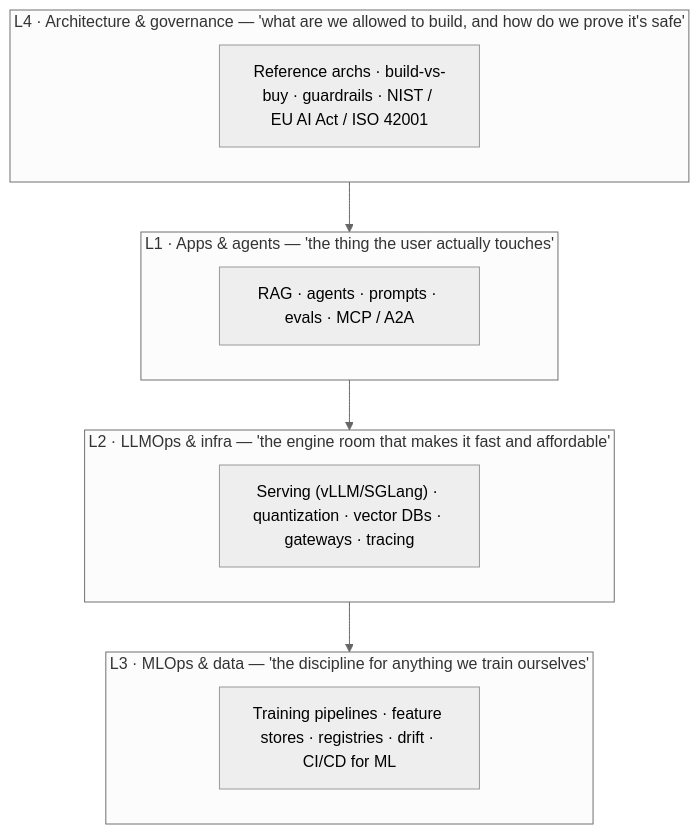
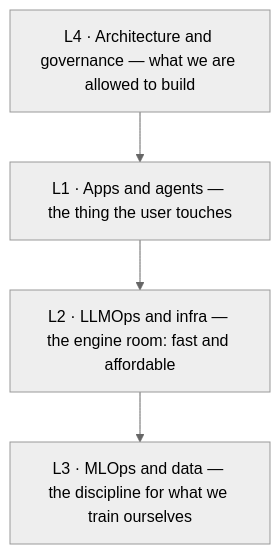
The diagram in visuals/four-layer-map.md (WBHankins93/ai-engineering-studio), drawn with Mermaid (neutral theme) before and after one commit. The commit also changed other lines of this file and 6 other files, not shown here.

Commit message:
Simplify mermaid labels to strict-mode-safe single lines

````diff
--- a/visuals/four-layer-map.md
+++ b/visuals/four-layer-map.md
@@ -17,16 +17,8 @@
 ```mermaid
 flowchart TB
-  subgraph L4G["L4 · Architecture & governance — 'what are we allowed to build, and how do we prove it's safe'"]
-    L4["Reference archs · build-vs-buy · guardrails · NIST / EU AI Act / ISO 42001"]
-  end
-  subgraph L1G["L1 · Apps & agents — 'the thing the user actually touches'"]
-    L1["RAG · agents · prompts · evals · MCP / A2A"]
-  end
-  subgraph L2G["L2 · LLMOps & infra — 'the engine room that makes it fast and affordable'"]
-    L2["Serving (vLLM/SGLang) · quantization · vector DBs · gateways · tracing"]
-  end
-  subgraph L3G["L3 · MLOps & data — 'the discipline for anything we train ourselves'"]
-    L3["Training pipelines · feature stores · registries · drift · CI/CD for ML"]
-  end
-  L4G --> L1G --> L2G --> L3G
+  L4["L4 · Architecture and governance — what we are allowed to build"]
+  L1["L1 · Apps and agents — the thing the user touches"]
+  L2["L2 · LLMOps and infra — the engine room: fast and affordable"]
+  L3["L3 · MLOps and data — the discipline for what we train ourselves"]
+  L4 --> L1 --> L2 --> L3
 ```
````
